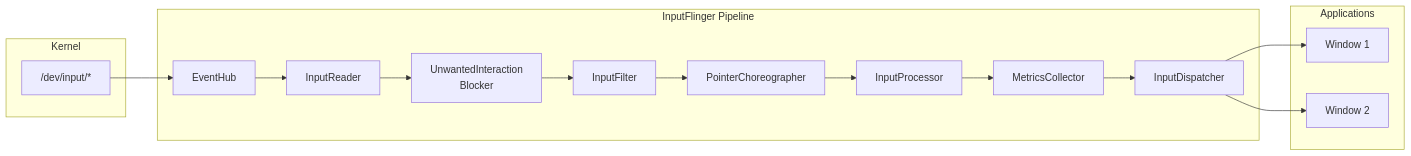
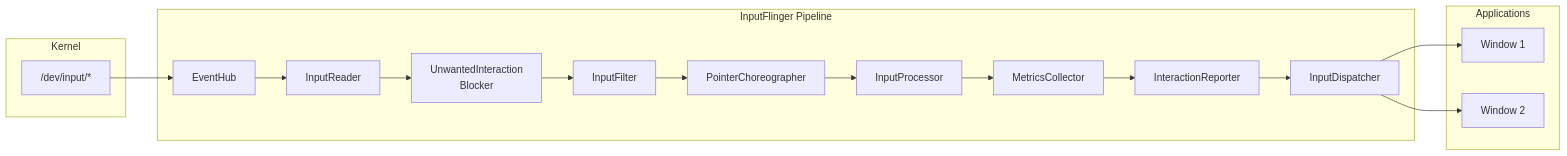
Before and after one commit to aospbooks/aosp-internal-book: the tenth of 29 diagrams in agents/claude/skills/aosp-native-services-and-media/12-native-services.md, drawn with Mermaid. The commit also changed other lines of this file and 232 other files, not shown here.

````diff
--- a/agents/claude/skills/aosp-native-services-and-media/12-native-services.md
+++ b/agents/claude/skills/aosp-native-services-and-media/12-native-services.md
@@ -932,33 +937,35 @@
 ```mermaid
 graph LR
     subgraph "Kernel"
         DEV["/dev/input/*"]
     end
 
     subgraph "InputFlinger Pipeline"
         EH[EventHub]
         IR[InputReader]
         UIB["UnwantedInteraction<br/>Blocker"]
         IF[InputFilter]
         PC[PointerChoreographer]
         IP[InputProcessor]
         MC[MetricsCollector]
+        REP[InteractionReporter]
         ID[InputDispatcher]
     end
 
     subgraph "Applications"
         W1[Window 1]
         W2[Window 2]
     end
 
     DEV --> EH
     EH --> IR
     IR --> UIB
     UIB --> IF
     IF --> PC
     PC --> IP
     IP --> MC
-    MC --> ID
+    MC --> REP
+    REP --> ID
     ID --> W1
     ID --> W2
 ```
````
